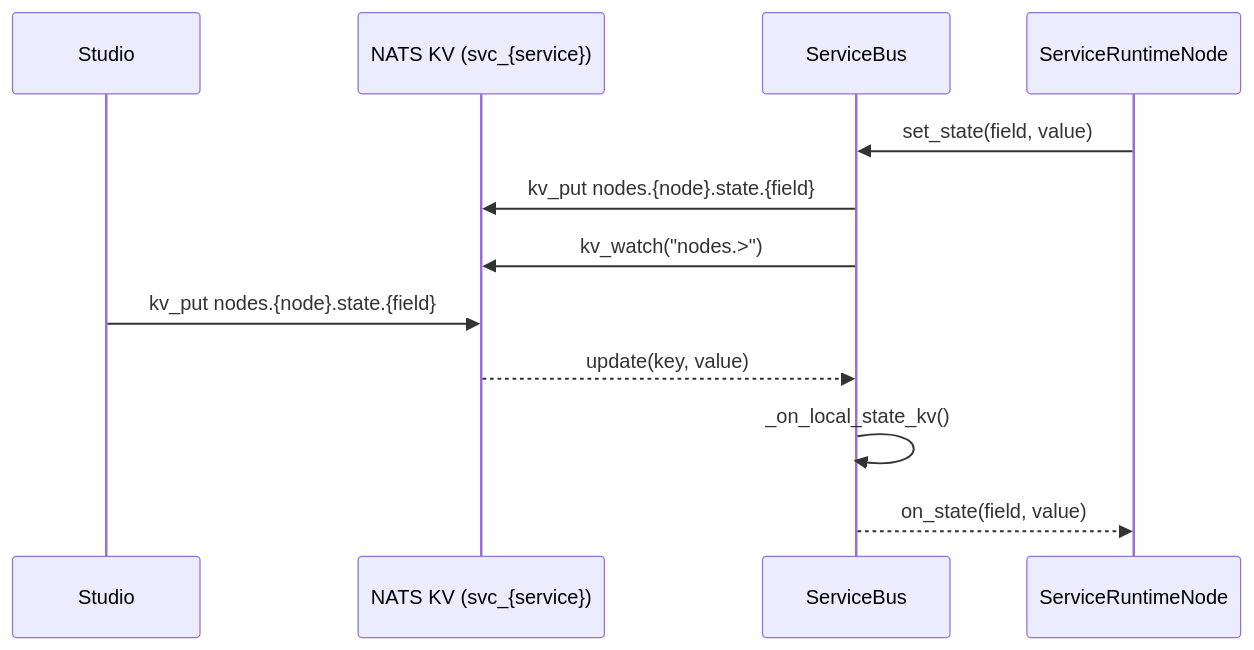
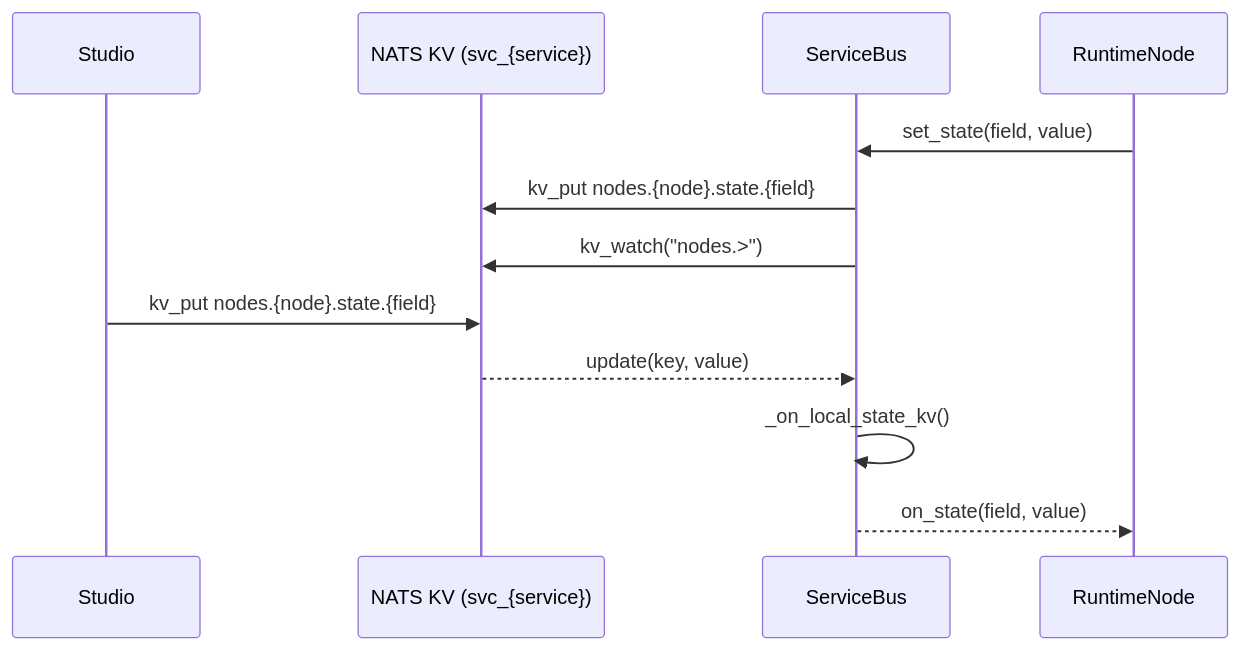
One commit to feel8-fun/f8studio changed the fourth of 11 diagrams in docs/design/pysdk-runtime.md. Above: the diagram before and after it, drawn with Mermaid. The commit also changed other lines of this file and 10 other files, not shown here.

Commit message:
refactor: rename ServiceRuntimeNode to RuntimeNode and update related classes for clarity

````diff
--- a/docs/design/pysdk-runtime.md
+++ b/docs/design/pysdk-runtime.md
@@ -110,16 +110,16 @@
 ```mermaid
 sequenceDiagram
     participant Studio
     participant KV as NATS KV (svc_{service})
     participant Runtime as ServiceBus
-    participant Node as ServiceRuntimeNode
+    participant Node as RuntimeNode
 
     Node->>Runtime: set_state(field, value)
     Runtime->>KV: kv_put nodes.{node}.state.{field}
     Runtime->>KV: kv_watch("nodes.>")
 
     Studio->>KV: kv_put nodes.{node}.state.{field}
     KV-->>Runtime: update(key, value)
     Runtime->>Runtime: _on_local_state_kv()
     Runtime-->>Node: on_state(field, value)
 ```
````
